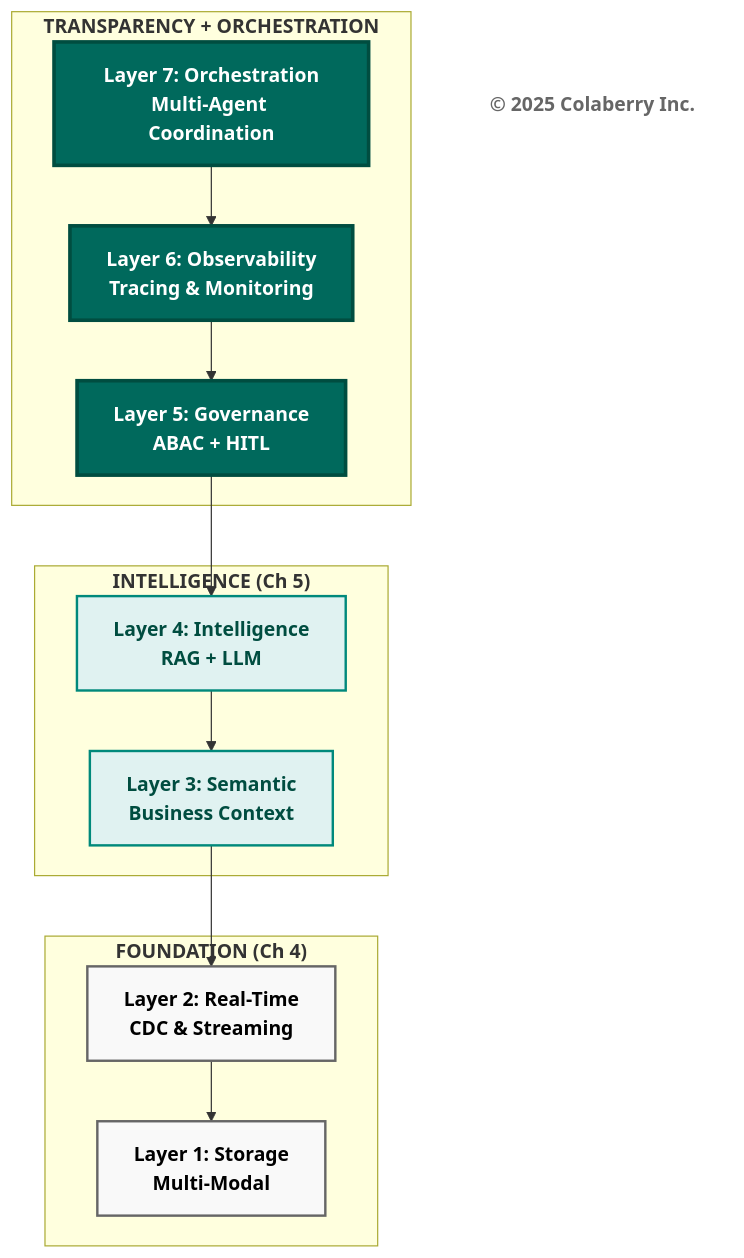
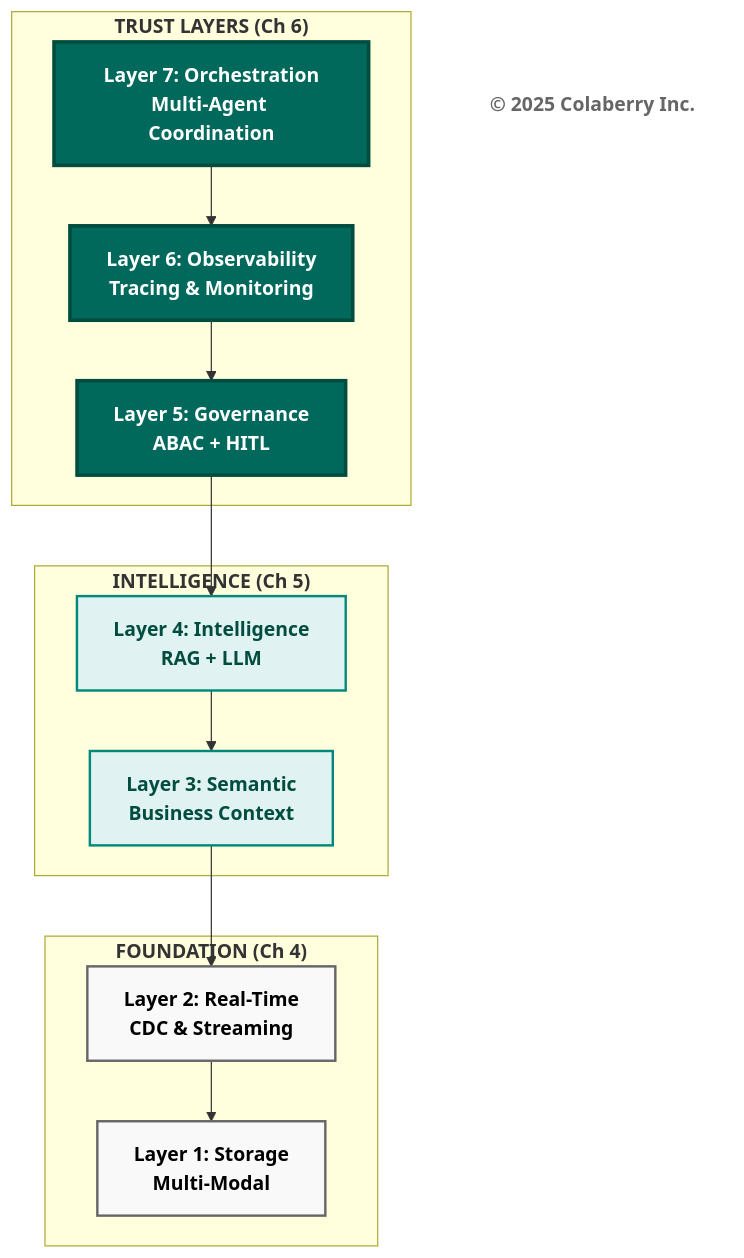
The second of 13 diagrams in manuscript/chapter_6_transparency_orchestration_layers_v1_8.md (saitejesh-cyber/trust-before-intelligence-book), drawn with Mermaid before and after one commit. The commit also changed other lines of this file, not shown here.

First line of the commit message:
Updated chapter 6 with better diagrams

````diff
--- a/manuscript/chapter_6_transparency_orchestration_layers_v1_8.md
+++ b/manuscript/chapter_6_transparency_orchestration_layers_v1_8.md
@@ -74,31 +74,31 @@
 ```mermaid
 graph TB
-    subgraph "<b>TRANSPARENCY + ORCHESTRATION</b>"
+    subgraph "<b>TRUST LAYERS (Ch 6)</b>"
         L7["<b>Layer 7: Orchestration</b><br/><b>Multi-Agent Coordination</b>"]
         L6["<b>Layer 6: Observability</b><br/><b>Tracing & Monitoring</b>"]
         L5["<b>Layer 5: Governance</b><br/><b>ABAC + HITL</b>"]
     end
     
     subgraph "<b>INTELLIGENCE (Ch 5)</b>"
         L4["<b>Layer 4: Intelligence</b><br/><b>RAG + LLM</b>"]
         L3["<b>Layer 3: Semantic</b><br/><b>Business Context</b>"]
     end
     
     subgraph "<b>FOUNDATION (Ch 4)</b>"
         L2["<b>Layer 2: Real-Time</b><br/><b>CDC & Streaming</b>"]
         L1["<b>Layer 1: Storage</b><br/><b>Multi-Modal</b>"]
     end
     
     Copyright["<b>© 2025 Colaberry Inc.</b>"]
     
     L7 --> L6 --> L5 --> L4 --> L3 --> L2 --> L1
     
     style L7 fill:#00695c,color:#ffffff,stroke:#004d40,stroke-width:3px
     style L6 fill:#00695c,color:#ffffff,stroke:#004d40,stroke-width:3px
     style L5 fill:#00695c,color:#ffffff,stroke:#004d40,stroke-width:3px
     style L4 fill:#e0f2f1,stroke:#00897b,stroke-width:2px,color:#004d40
     style L3 fill:#e0f2f1,stroke:#00897b,stroke-width:2px,color:#004d40
     style L2 fill:#f9f9f9,stroke:#666666,stroke-width:2px,color:#000000
     style L1 fill:#f9f9f9,stroke:#666666,stroke-width:2px,color:#000000
     style Copyright fill:#ffffff,stroke:none,color:#666666
 ```
````
